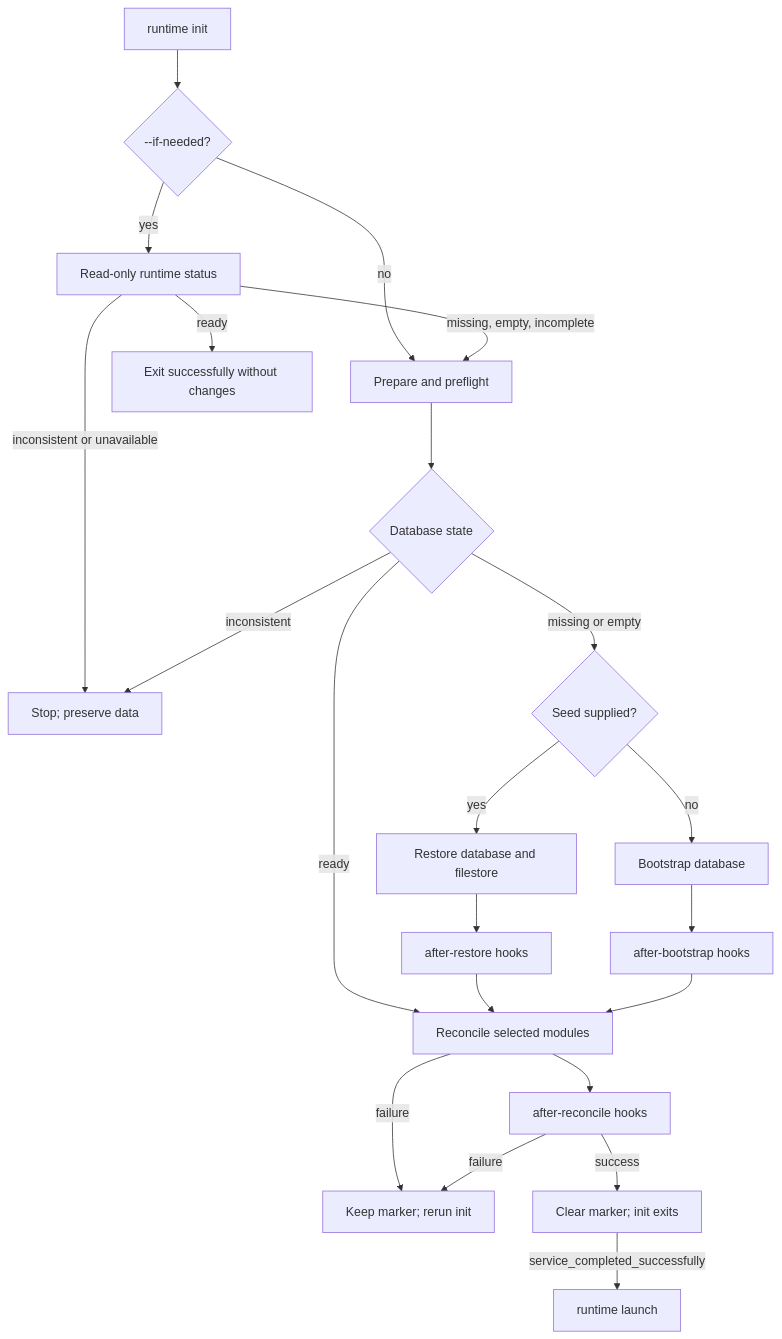
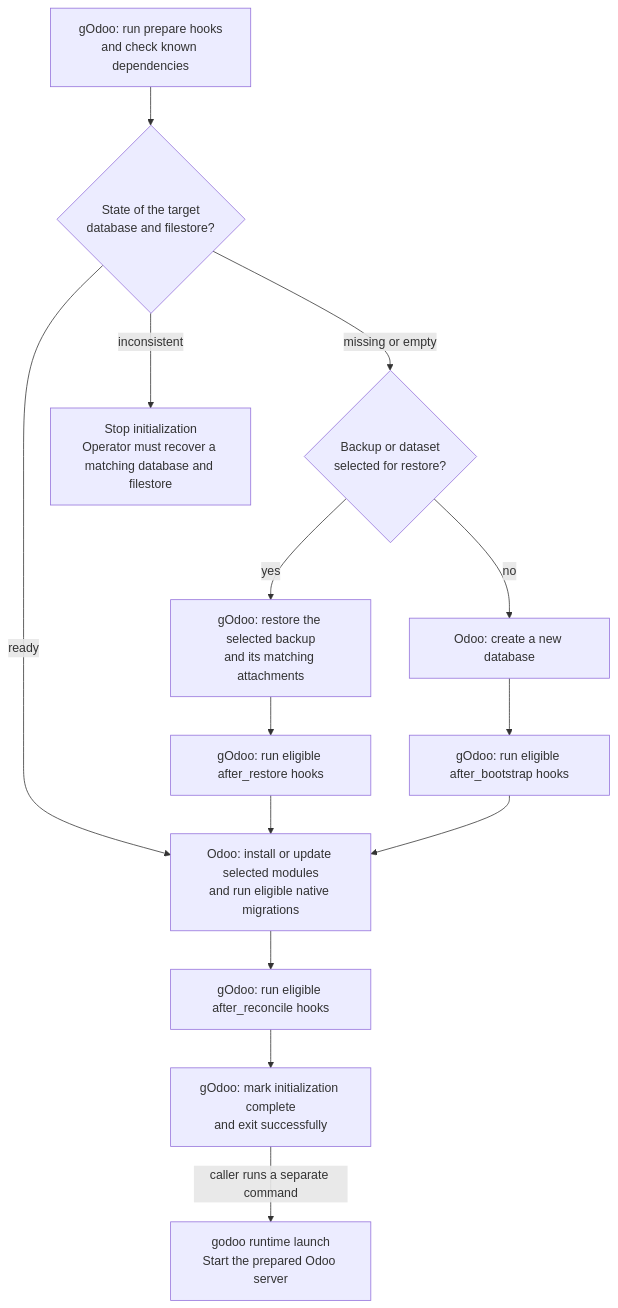
The first of 3 diagrams in docs/lifecycle.md (OpenJKSoftware/gOdoo), drawn with Mermaid before and after one commit. The commit also changed other lines of this file and 9 other files, not shown here.

````diff
--- a/docs/lifecycle.md
+++ b/docs/lifecycle.md
@@ -11,24 +38,16 @@
 ```mermaid
 flowchart TD
-    Init[runtime init] --> Needed{--if-needed?}
-    Needed -->|no| Check[Prepare and preflight]
-    Needed -->|yes| Status[Read-only runtime status]
-    Status -->|ready| Skip[Exit successfully without changes]
-    Status -->|missing, empty, incomplete| Check
-    Status -->|inconsistent or unavailable| Fail[Stop; preserve data]
-    Check --> State{Database state}
-    State -->|ready| Reconcile[Reconcile selected modules]
-    State -->|missing or empty| Seed{Seed supplied?}
-    State -->|inconsistent| Fail
-    Seed -->|yes| Restore[Restore database and filestore]
-    Seed -->|no| Bootstrap[Bootstrap database]
-    Restore --> RestoreHooks[after-restore hooks]
-    Bootstrap --> BootstrapHooks[after-bootstrap hooks]
-    RestoreHooks --> Reconcile
-    BootstrapHooks --> Reconcile
-    Reconcile --> Finalize[after-reconcile hooks]
-    Reconcile -->|failure| Pending[Keep marker; rerun init]
-    Finalize -->|success| Ready[Clear marker; init exits]
-    Finalize -->|failure| Pending[Keep marker; rerun init]
-    Ready -->|service_completed_successfully| Launch[runtime launch]
+    Prepare["gOdoo: run prepare hooks<br/>and check known dependencies"] --> State{"State of the target<br/>database and filestore?"}
+    State -->|ready| Reconcile["Odoo: install or update selected modules<br/>and run eligible native migrations"]
+    State -->|missing or empty| Seed{"Backup or dataset<br/>selected for restore?"}
+    State -->|inconsistent| Stop["Stop initialization<br/>Operator must recover a matching database and filestore"]
+    Seed -->|yes| Restore["gOdoo: restore the selected backup<br/>and its matching attachments"]
+    Seed -->|no| Bootstrap["Odoo: create a new database"]
+    Restore --> Restored["gOdoo: run eligible after_restore hooks"]
+    Bootstrap --> Bootstrapped["gOdoo: run eligible after_bootstrap hooks"]
+    Restored --> Reconcile
+    Bootstrapped --> Reconcile
+    Reconcile --> Finalize["gOdoo: run eligible after_reconcile hooks"]
+    Finalize --> Ready["gOdoo: mark initialization complete<br/>and exit successfully"]
+    Ready -->|caller runs a separate command| Launch["godoo runtime launch<br/>Start the prepared Odoo server"]
 ```
````
